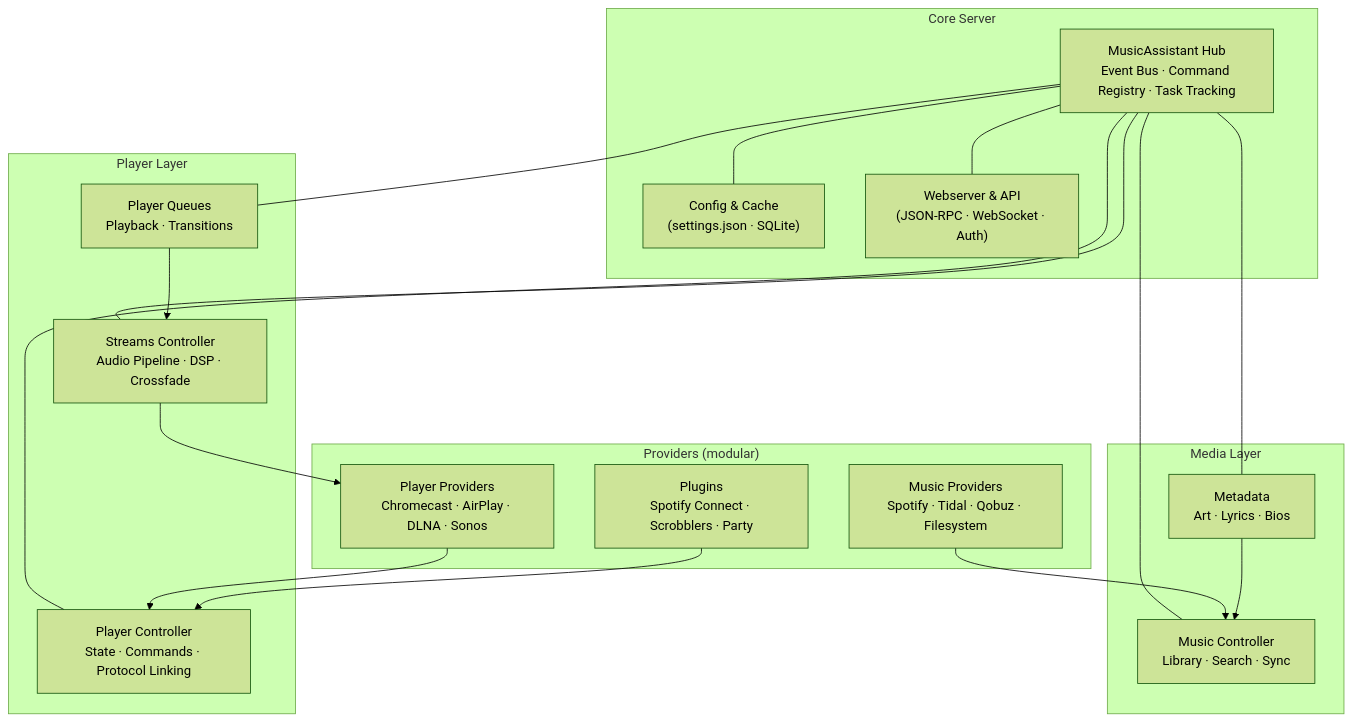
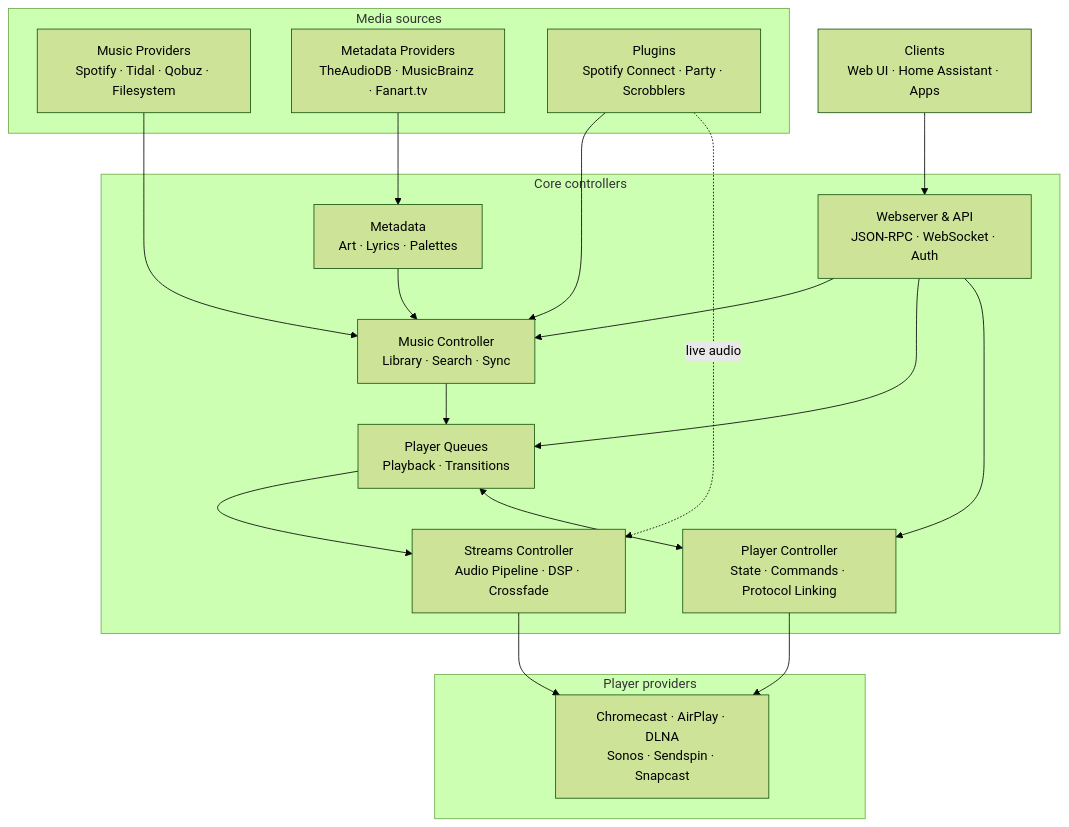
The diagram in docs/architecture/README.md (theturtle32/music-assistant-server), drawn with Mermaid (forest theme) before and after one commit. The commit also changed other lines of this file, not shown here.

````diff
--- a/docs/architecture/README.md
+++ b/docs/architecture/README.md
@@ -7,35 +7,38 @@
 ```mermaid
 graph TB
-    subgraph "Core Server"
-        MA["MusicAssistant Hub<br/>Event Bus · Command Registry · Task Tracking"]
-        Config["Config & Cache<br/>(settings.json · SQLite)"]
-        Web["Webserver & API<br/>(JSON-RPC · WebSocket · Auth)"]
+    Clients["Clients<br/>Web UI · Home Assistant · Apps"]
+
+    subgraph "Media sources"
+        MP["Music Providers<br/>Spotify · Tidal · Qobuz · Filesystem"]
+        MDP["Metadata Providers<br/>TheAudioDB · MusicBrainz · Fanart.tv"]
+        PLG["Plugins<br/>Spotify Connect · Party · Scrobblers"]
     end
 
-    subgraph "Media Layer"
+    subgraph "Core controllers"
+        Web["Webserver & API<br/>JSON-RPC · WebSocket · Auth"]
+        Meta["Metadata<br/>Art · Lyrics · Palettes"]
         Music["Music Controller<br/>Library · Search · Sync"]
-        Meta["Metadata<br/>Art · Lyrics · Bios"]
+        Queues["Player Queues<br/>Playback · Transitions"]
+        Streams["Streams Controller<br/>Audio Pipeline · DSP · Crossfade"]
+        Players["Player Controller<br/>State · Commands · Protocol Linking"]
     end
 
-    subgraph "Player Layer"
-        Players["Player Controller<br/>State · Commands · Protocol Linking"]
-        Queues["Player Queues<br/>Playback · Transitions"]
-        Streams["Streams Controller<br/>Audio Pipeline · DSP · Crossfade"]
+    subgraph "Player providers"
+        PP["Chromecast · AirPlay · DLNA<br/>Sonos · Sendspin · Snapcast"]
     end
 
-    subgraph "Providers (modular)"
-        MP["Music Providers<br/>Spotify · Tidal · Qobuz · Filesystem"]
-        PP["Player Providers<br/>Chromecast · AirPlay · DLNA · Sonos"]
-        PLG["Plugins<br/>Spotify Connect · Scrobblers · Party"]
-    end
-
-    MA --- Config & Web
-    MA --- Music & Meta
-    MA --- Players & Queues & Streams
+    Clients --> Web
+    Web --> Music
+    Web --> Queues
+    Web --> Players
     MP --> Music
-    PP --> Players
-    PLG --> Players
+    MDP --> Meta
+    PLG --> Music
     Meta --> Music
+    Music --> Queues
     Queues --> Streams
+    Queues <--> Players
     Streams --> PP
+    Players --> PP
+    PLG -. "live audio" .-> Streams
 ```
````
